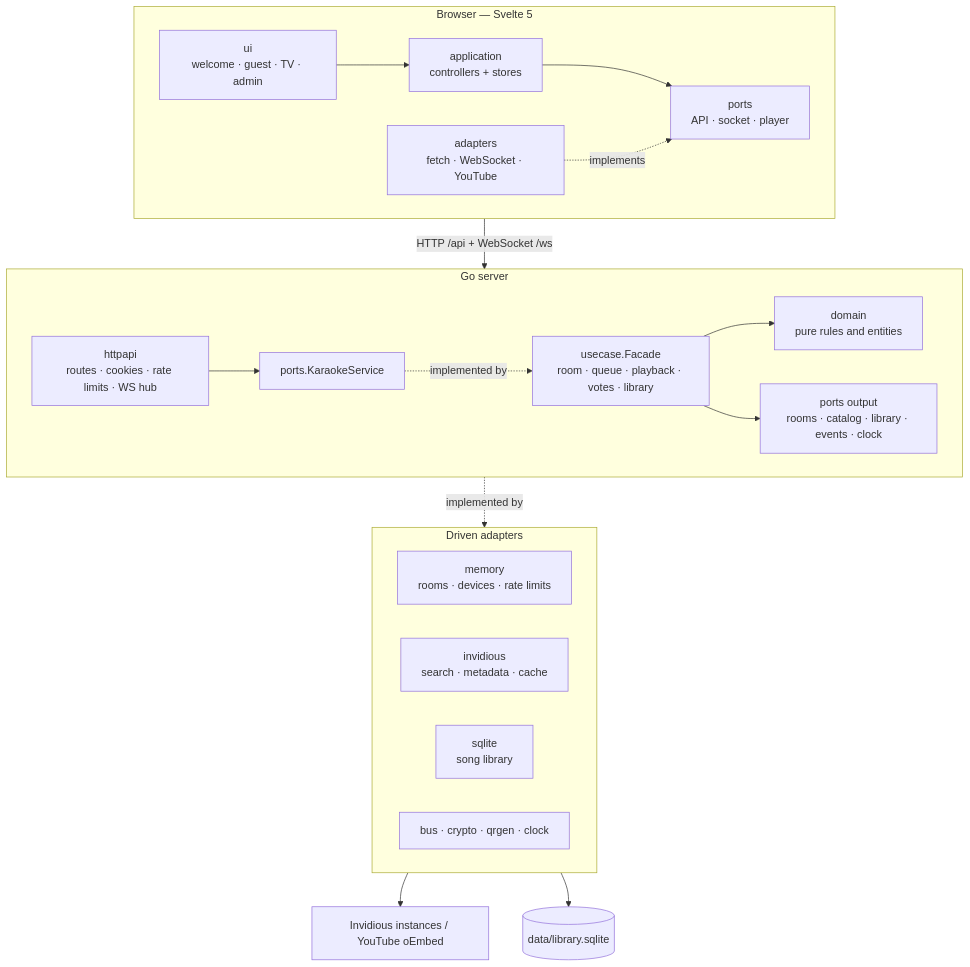
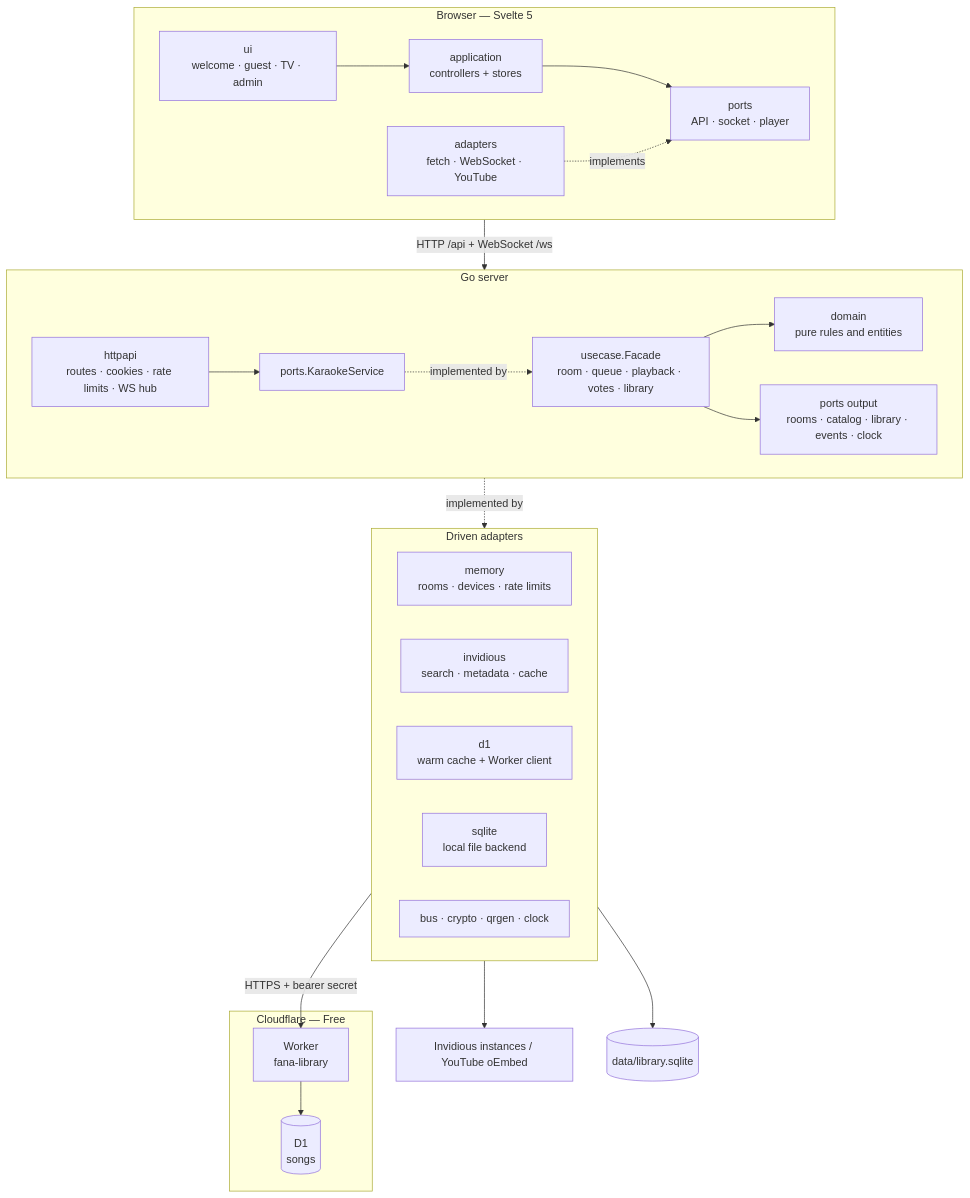
The diagram in README.md (fanama/karaoke), drawn with Mermaid before and after one commit. The commit also changed other lines of this file and 67 other files, not shown here.

````diff
--- a/README.md
+++ b/README.md
@@ -177,35 +203,43 @@
 ```mermaid
 flowchart TB
   subgraph Client["Browser — Svelte 5"]
     direction LR
     UI["ui<br/>welcome · guest · TV · admin"] --> App["application<br/>controllers + stores"]
     App --> FPorts["ports<br/>API · socket · player"]
     FAdapters["adapters<br/>fetch · WebSocket · YouTube"] -. implements .-> FPorts
   end
 
   subgraph Server["Go server"]
     direction LR
     HTTP["httpapi<br/>routes · cookies · rate limits · WS hub"]
     InPort["ports.KaraokeService"]
     Facade["usecase.Facade<br/>room · queue · playback · votes · library"]
     Domain["domain<br/>pure rules and entities"]
     OutPorts["ports output<br/>rooms · catalog · library · events · clock"]
     HTTP --> InPort
     InPort -. implemented by .-> Facade
     Facade --> Domain
     Facade --> OutPorts
   end
 
   subgraph Driven["Driven adapters"]
     direction LR
     Memory["memory<br/>rooms · devices · rate limits"]
     Invidious["invidious<br/>search · metadata · cache"]
-    SQLLib["sqlite<br/>song library"]
+    CacheLib["d1<br/>warm cache + Worker client"]
+    SQLLib["sqlite<br/>local file backend"]
     Support["bus · crypto · qrgen · clock"]
+  end
+
+  subgraph Cloudflare["Cloudflare — Free"]
+    Worker["Worker<br/>fana-library"]
+    D1[("D1<br/>songs")]
   end
 
   FAdapters -->|"HTTP /api + WebSocket /ws"| HTTP
   OutPorts -. implemented by .-> Driven
   Invidious --> External["Invidious instances / YouTube oEmbed"]
+  CacheLib -->|"HTTPS + bearer secret"| Worker
+  Worker --> D1
   SQLLib --> File[("data/library.sqlite")]
 ```
````
